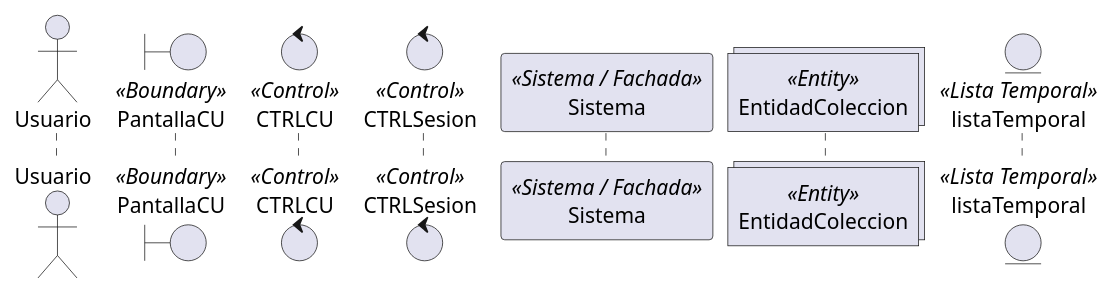
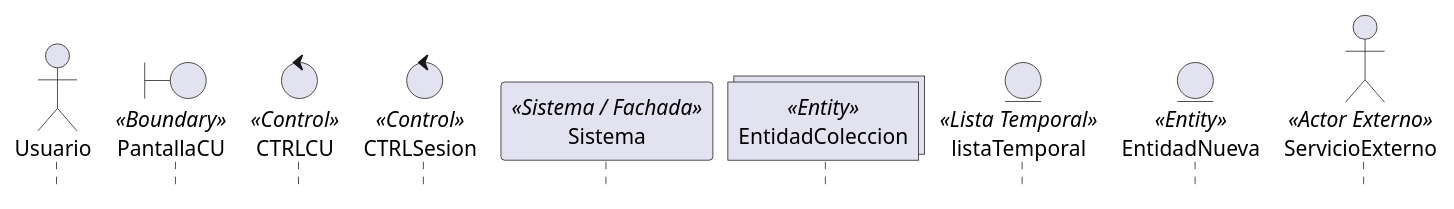
One commit to sandobaitt/dsi-2026 changed the diagram in .agents/skills/dsi-secuencia/SKILL.md. Above: the diagram before and after it, drawn with PlantUML. The commit also changed other lines of this file, not shown here.

Commit message:
docs: expand DSI sequence diagram guidelines with expert pattern, composition, error handling, and interaction fragments

````diff
--- a/.agents/skills/dsi-secuencia/SKILL.md
+++ b/.agents/skills/dsi-secuencia/SKILL.md
@@ -56,9 +70,13 @@
 ```plantuml
+skinparam style strictuml
+
 actor "Usuario" as Actor
 boundary "PantallaCU" as UI <<Boundary>>
 control "CTRLCU" as Gestor <<Control>>
 control "CTRLSesion" as Sesion <<Control>>
 participant "Sistema" as Sys <<Sistema / Fachada>>
 collections "EntidadColeccion" as Entidades <<Entity>>
 entity "listaTemporal" as TempList <<Lista Temporal>>
+entity "EntidadNueva" as NuevaEnt <<Entity>>
+actor "ServicioExterno" as API <<Actor Externo>>
 ```
````
